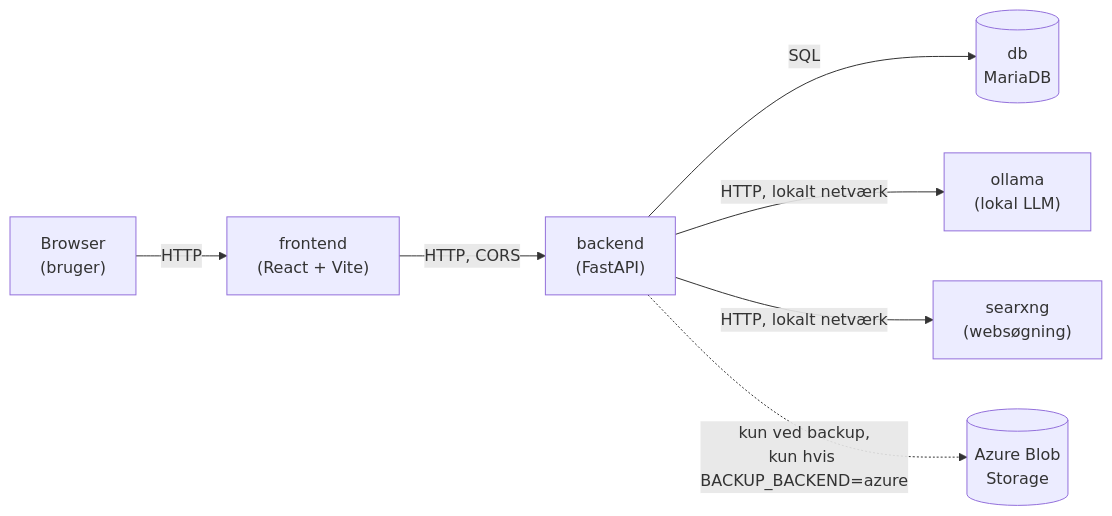
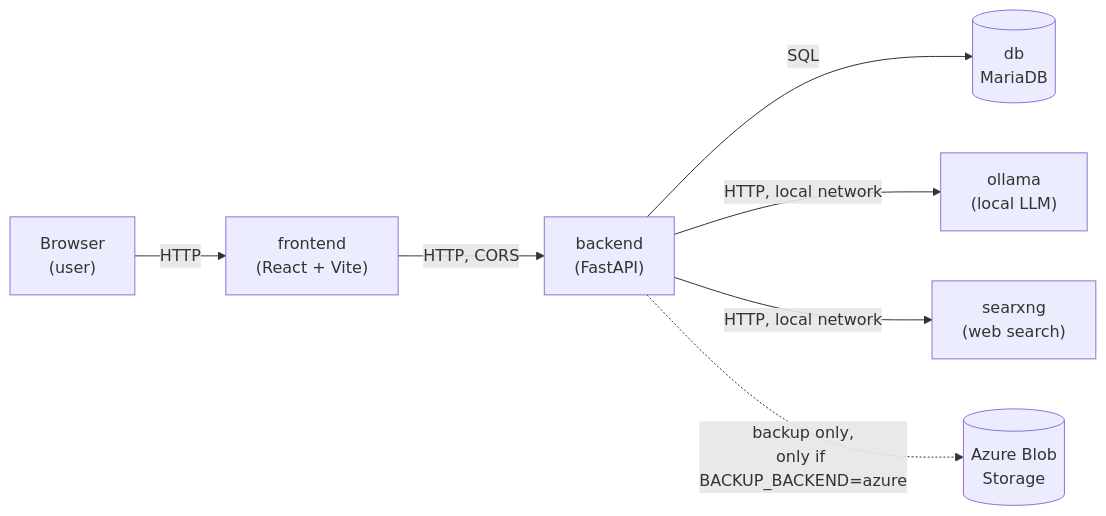
One commit to Skraldz/hardware-assistant changed the diagram in docs/architecture.md. Above: the diagram before and after it, drawn with Mermaid. The commit also changed other lines of this file and 25 other files, not shown here.

````diff
--- a/docs/architecture.md
+++ b/docs/architecture.md
@@ -7,9 +7,9 @@
 ```mermaid
 flowchart LR
-    Browser["Browser<br/>(bruger)"] -->|HTTP| Frontend
+    Browser["Browser<br/>(user)"] -->|HTTP| Frontend
     Frontend["frontend<br/>(React + Vite)"] -->|HTTP, CORS| Backend
     Backend["backend<br/>(FastAPI)"] -->|SQL| DB[("db<br/>MariaDB")]
-    Backend -->|HTTP, lokalt netværk| Ollama["ollama<br/>(lokal LLM)"]
-    Backend -->|HTTP, lokalt netværk| SearXNG["searxng<br/>(websøgning)"]
-    Backend -.->|kun ved backup,<br/>kun hvis BACKUP_BACKEND=azure| Azure[("Azure Blob<br/>Storage")]
+    Backend -->|HTTP, local network| Ollama["ollama<br/>(local LLM)"]
+    Backend -->|HTTP, local network| SearXNG["searxng<br/>(web search)"]
+    Backend -.->|backup only,<br/>only if BACKUP_BACKEND=azure| Azure[("Azure Blob<br/>Storage")]
 ```
````
